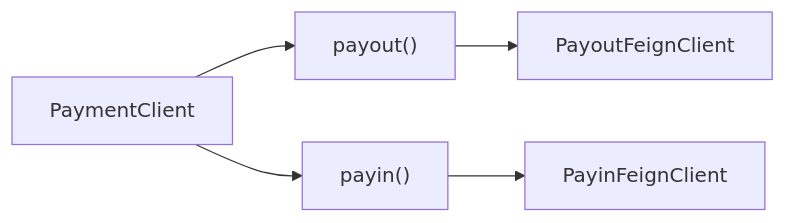
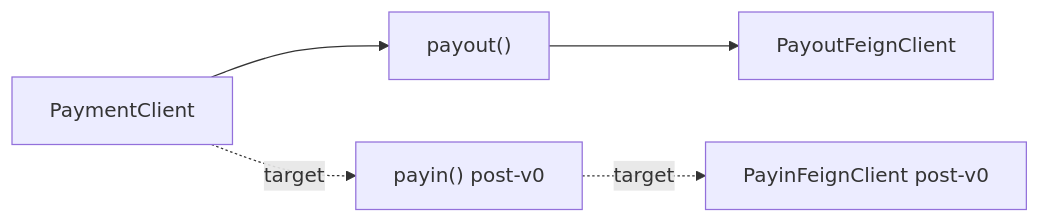
The second of 4 diagrams in docs/architecture.md (Sahilsoni88/acko-payments-sdk), drawn with Mermaid before and after one commit. The commit also changed other lines of this file and 11 other files, not shown here.

````diff
--- a/docs/architecture.md
+++ b/docs/architecture.md
@@ -45,12 +45,13 @@
 ```mermaid
 graph LR
     PC["PaymentClient"]
     PO["payout()"]
-    PI["payin()"]
+    PI["payin() post-v0"]
     PFC["PayoutFeignClient"]
-    PIFC["PayinFeignClient"]
+    PIFC["PayinFeignClient post-v0"]
 
-    PC --> PO & PI
+    PC --> PO
+    PC -. target .-> PI
     PO --> PFC
-    PI --> PIFC
+    PI -. target .-> PIFC
 ```
````
